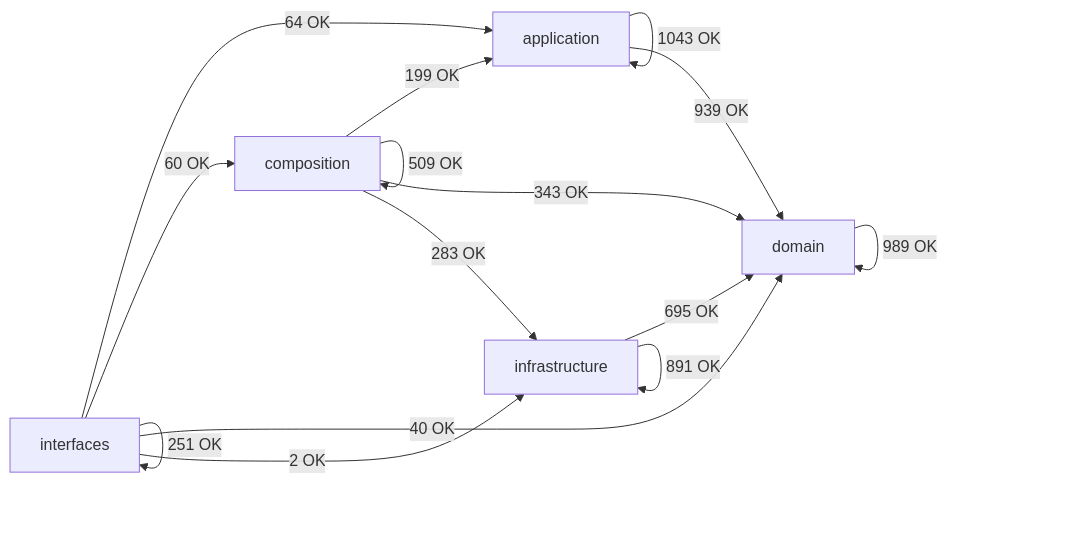
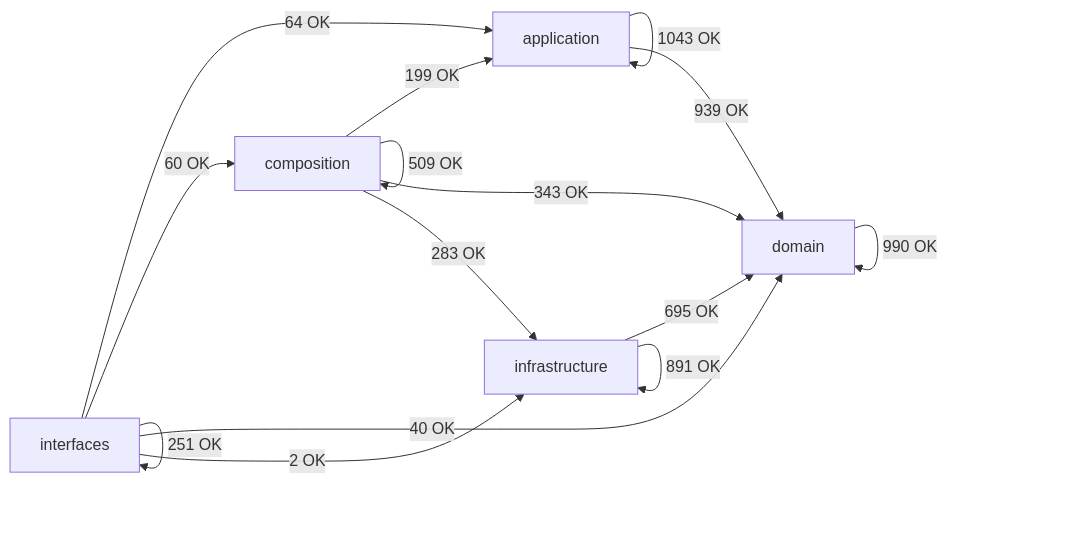
One commit to SatoryKono/BioactivityDataAcquisition changed the diagram in docs/02-architecture/generated/module-dependency-map.md. Above: the diagram before and after it, drawn with Mermaid. The commit also changed other lines of this file and 38 other files, not shown here.

````diff
--- a/docs/02-architecture/generated/module-dependency-map.md
+++ b/docs/02-architecture/generated/module-dependency-map.md
@@ -17,22 +17,22 @@
 ```mermaid
 flowchart LR
     domain[domain]
     application[application]
     infrastructure[infrastructure]
     composition[composition]
     interfaces[interfaces]
     application -->|1043 OK| application
     application -->|939 OK| domain
     composition -->|199 OK| application
     composition -->|509 OK| composition
     composition -->|343 OK| domain
     composition -->|283 OK| infrastructure
-    domain -->|989 OK| domain
+    domain -->|990 OK| domain
     infrastructure -->|695 OK| domain
     infrastructure -->|891 OK| infrastructure
     interfaces -->|64 OK| application
     interfaces -->|60 OK| composition
     interfaces -->|40 OK| domain
     interfaces -->|2 OK| infrastructure
     interfaces -->|251 OK| interfaces
 ```
````
